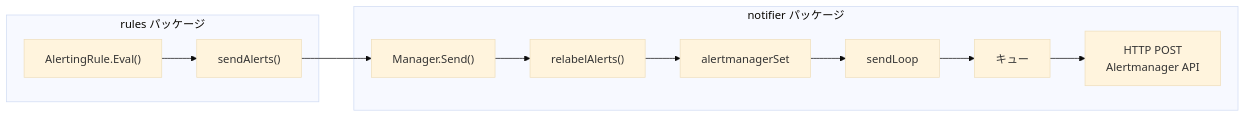
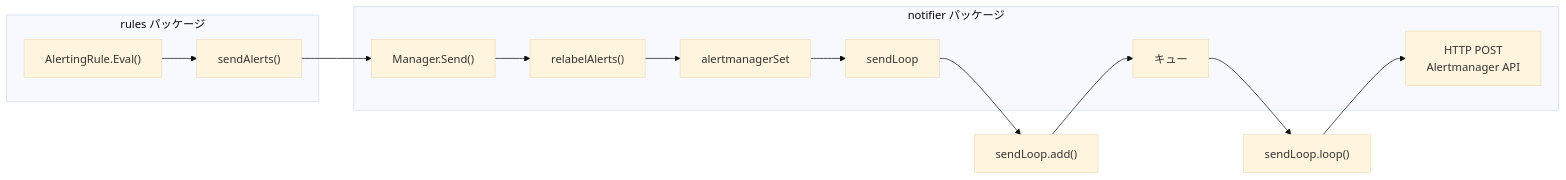
The diagram in prometheus/part04-rules/13-alert-notification.md (miyamadoKL/source-code-reading), drawn with Mermaid (base theme) before and after one commit. The commit also changed other lines of this file and 10 other files, not shown here.

````diff
--- a/prometheus/part04-rules/13-alert-notification.md
+++ b/prometheus/part04-rules/13-alert-notification.md
@@ -22,22 +22,24 @@
 ```mermaid
 flowchart LR
     subgraph rules["rules パッケージ"]
         alertingRule["AlertingRule.Eval()"]
         sendAlerts["sendAlerts()"]
     end
     subgraph notifier["notifier パッケージ"]
         Manager["Manager.Send()"]
         relabel["relabelAlerts()"]
         alertmanagerSet["alertmanagerSet"]
         sendLoop["sendLoop"]
         queue["キュー"]
         httpPost["HTTP POST\nAlertmanager API"]
     end
     alertingRule --> sendAlerts
     sendAlerts --> Manager
     Manager --> relabel
     relabel --> alertmanagerSet
     alertmanagerSet --> sendLoop
-    sendLoop --> queue
-    queue --> httpPost
+    sendLoop --> add["sendLoop.add()"]
+    add --> queue
+    queue --> loop["sendLoop.loop()"]
+    loop --> httpPost
 ```
````
